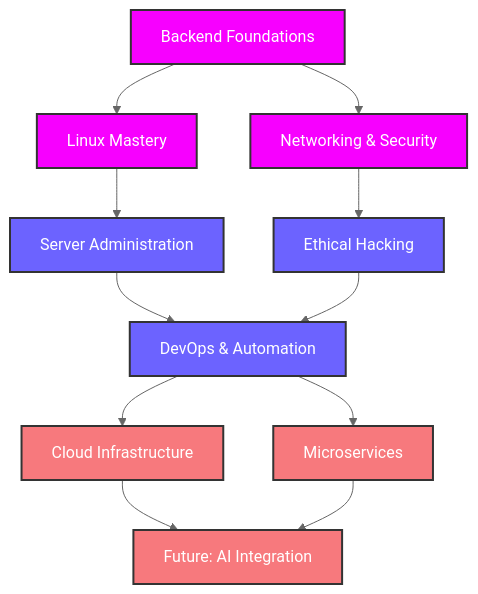
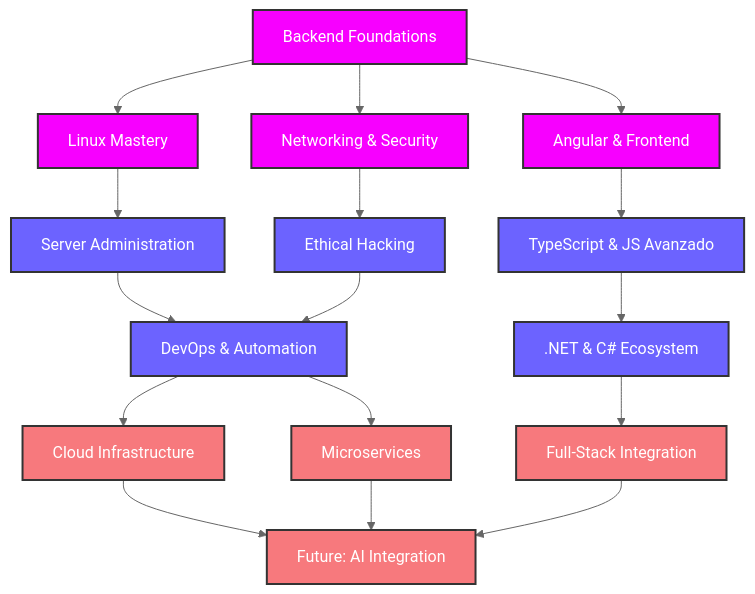
One commit to hollyredfield/hollyredfield changed the diagram in README.md. Above: the diagram before and after it, drawn with Mermaid (neutral theme). The commit also changed other lines of this file, not shown here.

````diff
--- a/README.md
+++ b/README.md
@@ -379,23 +164,32 @@
 ```mermaid
 graph TD;
     A[Backend Foundations] --> B[Linux Mastery];
     A --> C[Networking & Security];
-    B --> D[Server Administration];
-    C --> E[Ethical Hacking];
-    D --> F[DevOps & Automation];
-    E --> F;
-    F --> G[Cloud Infrastructure];
-    F --> H[Microservices];
-    G --> I[Future: AI Integration];
-    H --> I;
+    A --> D[Angular & Frontend];
+    B --> E[Server Administration];
+    C --> F[Ethical Hacking];
+    D --> G[TypeScript & JS Avanzado];
+    E --> H[DevOps & Automation];
+    F --> H;
+    G --> I[.NET & C# Ecosystem];
+    H --> J[Cloud Infrastructure];
+    H --> K[Microservices];
+    I --> L[Full-Stack Integration];
+    J --> M[Future: AI Integration];
+    K --> M;
+    L --> M;
     
     style A fill:#F700FF,stroke:#333,stroke-width:2px,color:white
     style B fill:#F700FF,stroke:#333,stroke-width:2px,color:white
     style C fill:#F700FF,stroke:#333,stroke-width:2px,color:white
-    style D fill:#6C63FF,stroke:#333,stroke-width:2px,color:white
+    style D fill:#F700FF,stroke:#333,stroke-width:2px,color:white
     style E fill:#6C63FF,stroke:#333,stroke-width:2px,color:white
     style F fill:#6C63FF,stroke:#333,stroke-width:2px,color:white
-    style G fill:#F7797D,stroke:#333,stroke-width:2px,color:white
-    style H fill:#F7797D,stroke:#333,stroke-width:2px,color:white
-    style I fill:#F7797D,stroke:#333,stroke-width:2px,color:white
+    style G fill:#6C63FF,stroke:#333,stroke-width:2px,color:white
+    style H fill:#6C63FF,stroke:#333,stroke-width:2px,color:white
+    style I fill:#6C63FF,stroke:#333,stroke-width:2px,color:white
+    style J fill:#F7797D,stroke:#333,stroke-width:2px,color:white
+    style K fill:#F7797D,stroke:#333,stroke-width:2px,color:white
+    style L fill:#F7797D,stroke:#333,stroke-width:2px,color:white
+    style M fill:#F7797D,stroke:#333,stroke-width:2px,color:white
 ```
````
